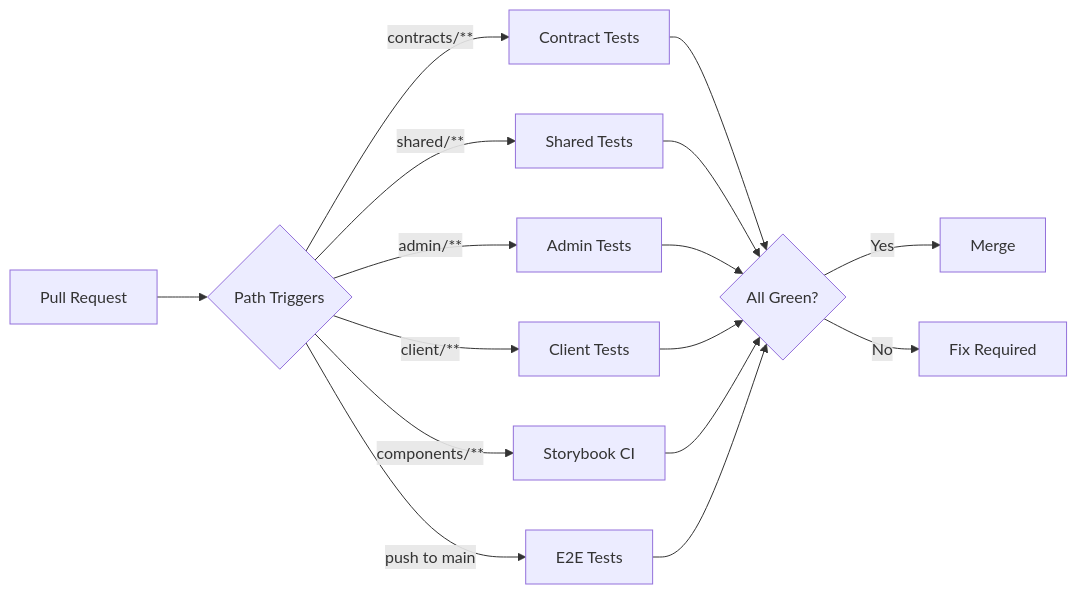
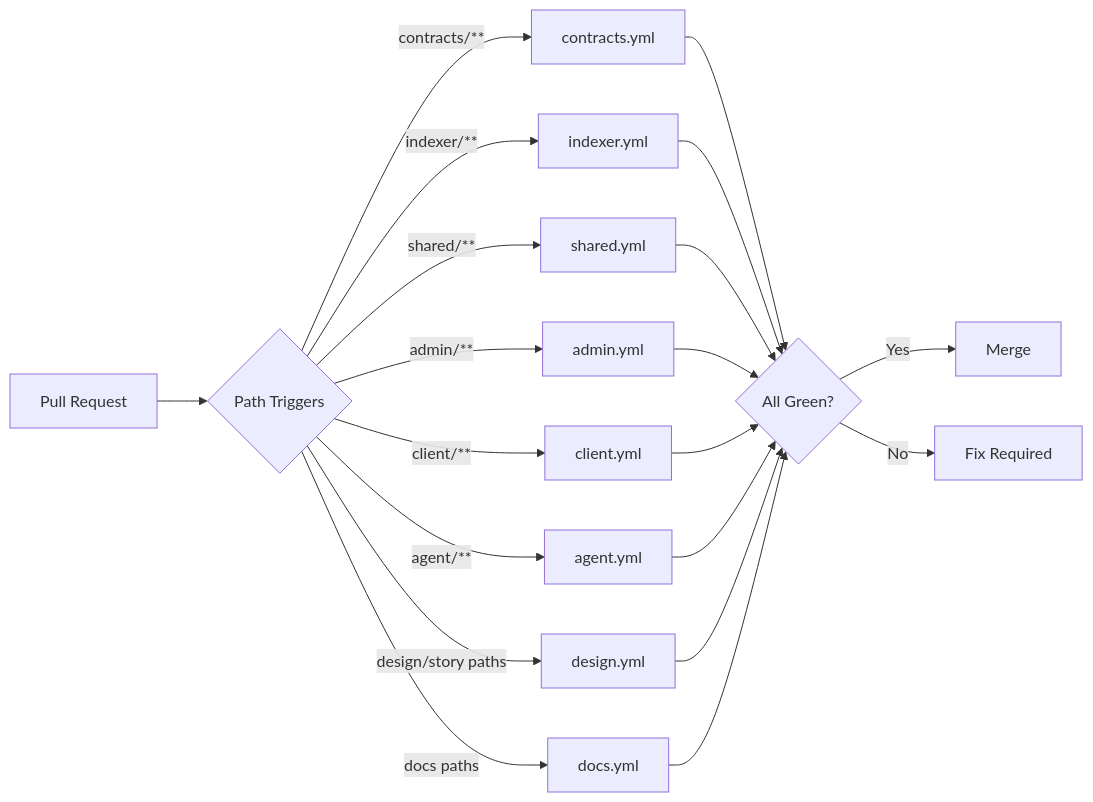
The diagram in docs/docs/builders/quality/gh-actions.mdx (greenpill-dev-guild/green-goods), drawn with Mermaid before and after one commit. The commit also changed other lines of this file and 61 other files, not shown here.

````diff
--- a/docs/docs/builders/quality/gh-actions.mdx
+++ b/docs/docs/builders/quality/gh-actions.mdx
@@ -24,18 +24,22 @@
 ```mermaid
 flowchart LR
     PR[Pull Request] --> PT{Path Triggers}
-    PT --> |contracts/**| CT[Contract Tests]
-    PT --> |shared/**| ST[Shared Tests]
-    PT --> |admin/**| AT[Admin Tests]
-    PT --> |client/**| CLT[Client Tests]
-    PT --> |components/**| SB[Storybook CI]
-    PT --> |push to main| E2E[E2E Tests]
+    PT --> |contracts/**| CT[contracts.yml]
+    PT --> |indexer/**| IT[indexer.yml]
+    PT --> |shared/**| ST[shared.yml]
+    PT --> |admin/**| AT[admin.yml]
+    PT --> |client/**| CLT[client.yml]
+    PT --> |agent/**| AG[agent.yml]
+    PT --> |design/story paths| DG[design.yml]
+    PT --> |docs paths| DOC[docs.yml]
     CT --> Gate{All Green?}
+    IT --> Gate
     ST --> Gate
     AT --> Gate
     CLT --> Gate
-    SB --> Gate
-    E2E --> Gate
+    AG --> Gate
+    DG --> Gate
+    DOC --> Gate
     Gate --> |Yes| Merge[Merge]
     Gate --> |No| Fix[Fix Required]
 ```
````
